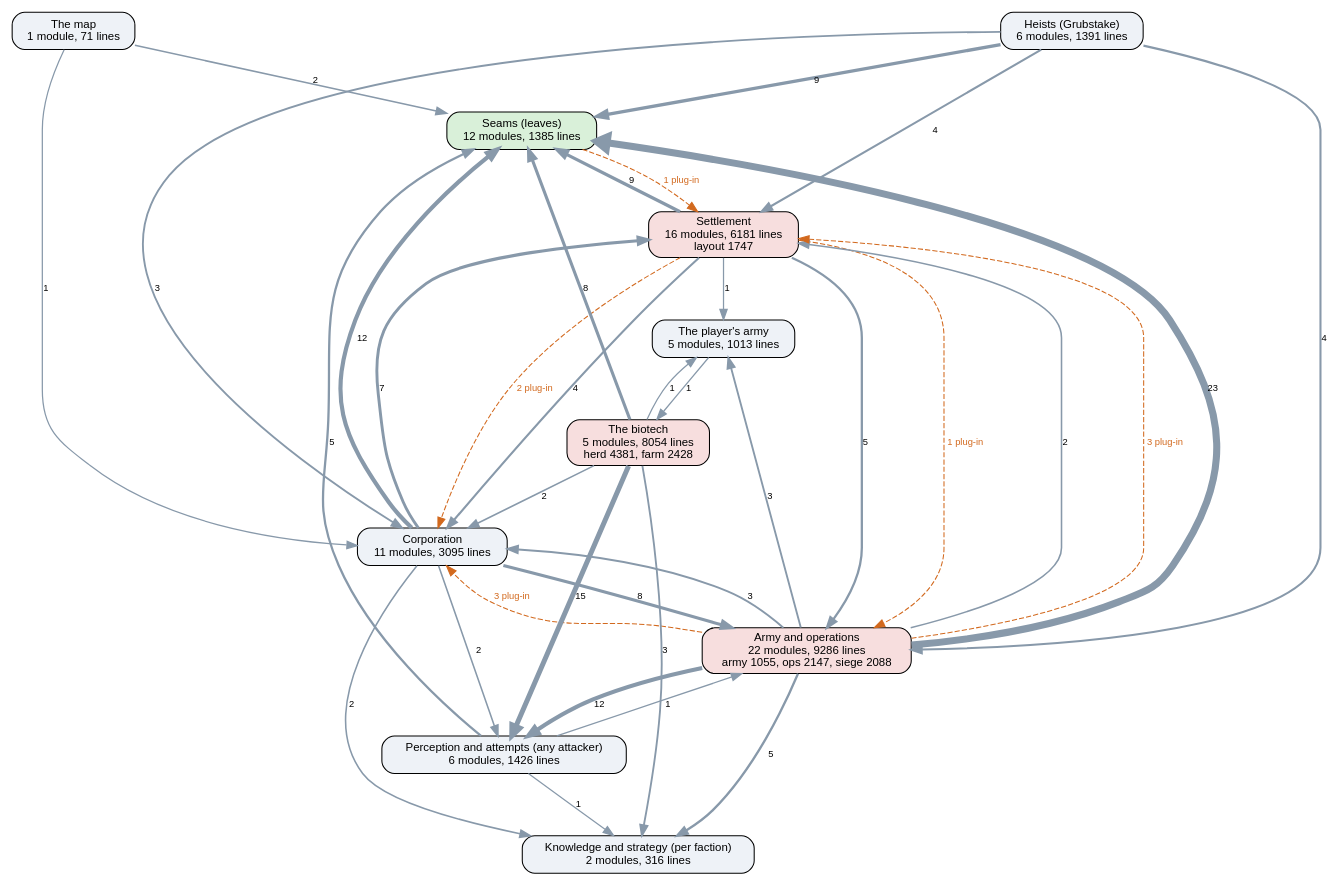
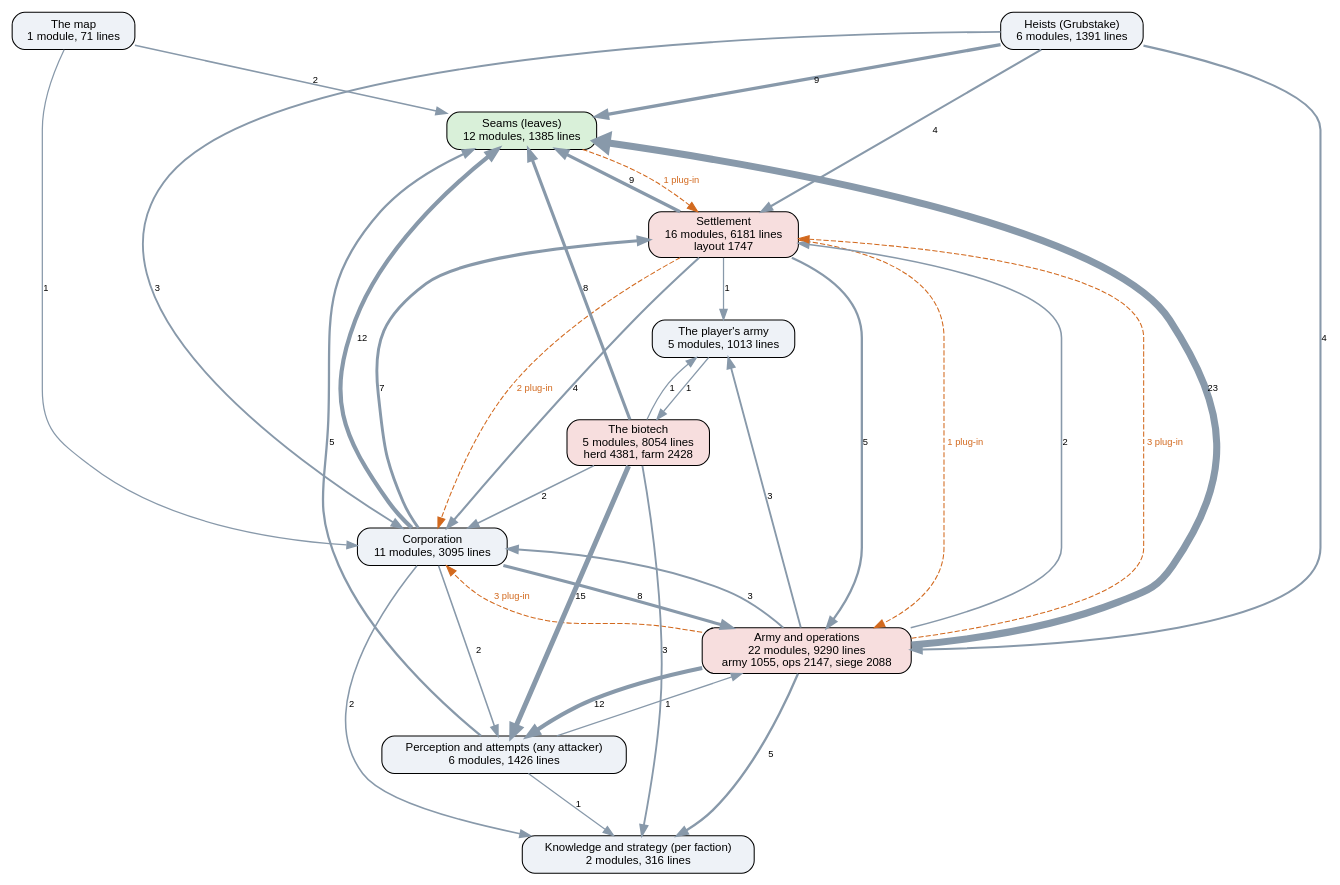
Before and after one commit to kinelhu/landing-party: the diagram in docs/ai-layers.dot, drawn with Graphviz. The commit also changed 12 other files, not shown here.

```diff
--- a/docs/ai-layers.dot
+++ b/docs/ai-layers.dot
@@ -1,50 +1,50 @@
 digraph layers {
   graph [rankdir=TB, fontname="Helvetica", nodesep=0.5, ranksep=0.7];
   node [shape=box, style="rounded,filled", fontname="Helvetica", fontsize=11, fillcolor="#eef2f7"];
   edge [color="#8899aa", fontname="Helvetica", fontsize=9];
   "Seams (leaves)" [label="Seams (leaves)\n12 modules, 1385 lines", fillcolor="#d9f0d9"];
   "Perception and attempts (any attacker)" [label="Perception and attempts (any attacker)\n6 modules, 1426 lines", fillcolor="#eef2f7"];
   "Knowledge and strategy (per faction)" [label="Knowledge and strategy (per faction)\n2 modules, 316 lines", fillcolor="#eef2f7"];
   "Corporation" [label="Corporation\n11 modules, 3095 lines", fillcolor="#eef2f7"];
   "Settlement" [label="Settlement\n16 modules, 6181 lines\nlayout 1747", fillcolor="#f7dede"];
-  "Army and operations" [label="Army and operations\n22 modules, 9286 lines\narmy 1055, ops 2147, siege 2088", fillcolor="#f7dede"];
+  "Army and operations" [label="Army and operations\n22 modules, 9290 lines\narmy 1055, ops 2147, siege 2088", fillcolor="#f7dede"];
   "Heists (Grubstake)" [label="Heists (Grubstake)\n6 modules, 1391 lines", fillcolor="#eef2f7"];
   "The biotech" [label="The biotech\n5 modules, 8054 lines\nherd 4381, farm 2428", fillcolor="#f7dede"];
   "The map" [label="The map\n1 module, 71 lines", fillcolor="#eef2f7"];
   "The player's army" [label="The player's army\n5 modules, 1013 lines", fillcolor="#eef2f7"];
   "Army and operations" -> "Corporation" [label="3", penwidth=1.8];
   "Army and operations" -> "Knowledge and strategy (per faction)" [label="5", penwidth=2.2];
   "Army and operations" -> "Perception and attempts (any attacker)" [label="12", penwidth=4.0];
   "Army and operations" -> "Seams (leaves)" [label="23", penwidth=6.8];
   "Army and operations" -> "Settlement" [label="2", penwidth=1.5];
   "Army and operations" -> "The player's army" [label="3", penwidth=1.8];
   "Corporation" -> "Army and operations" [label="8", penwidth=3.0];
   "Corporation" -> "Knowledge and strategy (per faction)" [label="2", penwidth=1.5];
   "Corporation" -> "Perception and attempts (any attacker)" [label="2", penwidth=1.5];
   "Corporation" -> "Seams (leaves)" [label="12", penwidth=4.0];
   "Corporation" -> "Settlement" [label="7", penwidth=2.8];
   "Heists (Grubstake)" -> "Army and operations" [label="4", penwidth=2.0];
   "Heists (Grubstake)" -> "Corporation" [label="3", penwidth=1.8];
   "Heists (Grubstake)" -> "Seams (leaves)" [label="9", penwidth=3.2];
   "Heists (Grubstake)" -> "Settlement" [label="4", penwidth=2.0];
   "Perception and attempts (any attacker)" -> "Army and operations" [label="1", penwidth=1.2];
   "Perception and attempts (any attacker)" -> "Knowledge and strategy (per faction)" [label="1", penwidth=1.2];
   "Perception and attempts (any attacker)" -> "Seams (leaves)" [label="5", penwidth=2.2];
   "Settlement" -> "Army and operations" [label="5", penwidth=2.2];
   "Settlement" -> "Corporation" [label="4", penwidth=2.0];
   "Settlement" -> "Seams (leaves)" [label="9", penwidth=3.2];
   "Settlement" -> "The player's army" [label="1", penwidth=1.2];
   "The biotech" -> "Corporation" [label="2", penwidth=1.5];
   "The biotech" -> "Knowledge and strategy (per faction)" [label="3", penwidth=1.8];
   "The biotech" -> "Perception and attempts (any attacker)" [label="15", penwidth=4.8];
   "The biotech" -> "Seams (leaves)" [label="8", penwidth=3.0];
   "The biotech" -> "The player's army" [label="1", penwidth=1.2];
   "The map" -> "Corporation" [label="1", penwidth=1.2];
   "The map" -> "Seams (leaves)" [label="2", penwidth=1.5];
   "The player's army" -> "The biotech" [label="1", penwidth=1.2];
   "Army and operations" -> "Corporation" [style=dashed, color="#d2691e", fontcolor="#d2691e", label="3 plug-in"];
   "Army and operations" -> "Settlement" [style=dashed, color="#d2691e", fontcolor="#d2691e", label="3 plug-in"];
   "Seams (leaves)" -> "Settlement" [style=dashed, color="#d2691e", fontcolor="#d2691e", label="1 plug-in"];
   "Settlement" -> "Army and operations" [style=dashed, color="#d2691e", fontcolor="#d2691e", label="1 plug-in"];
   "Settlement" -> "Corporation" [style=dashed, color="#d2691e", fontcolor="#d2691e", label="2 plug-in"];
 }
```
